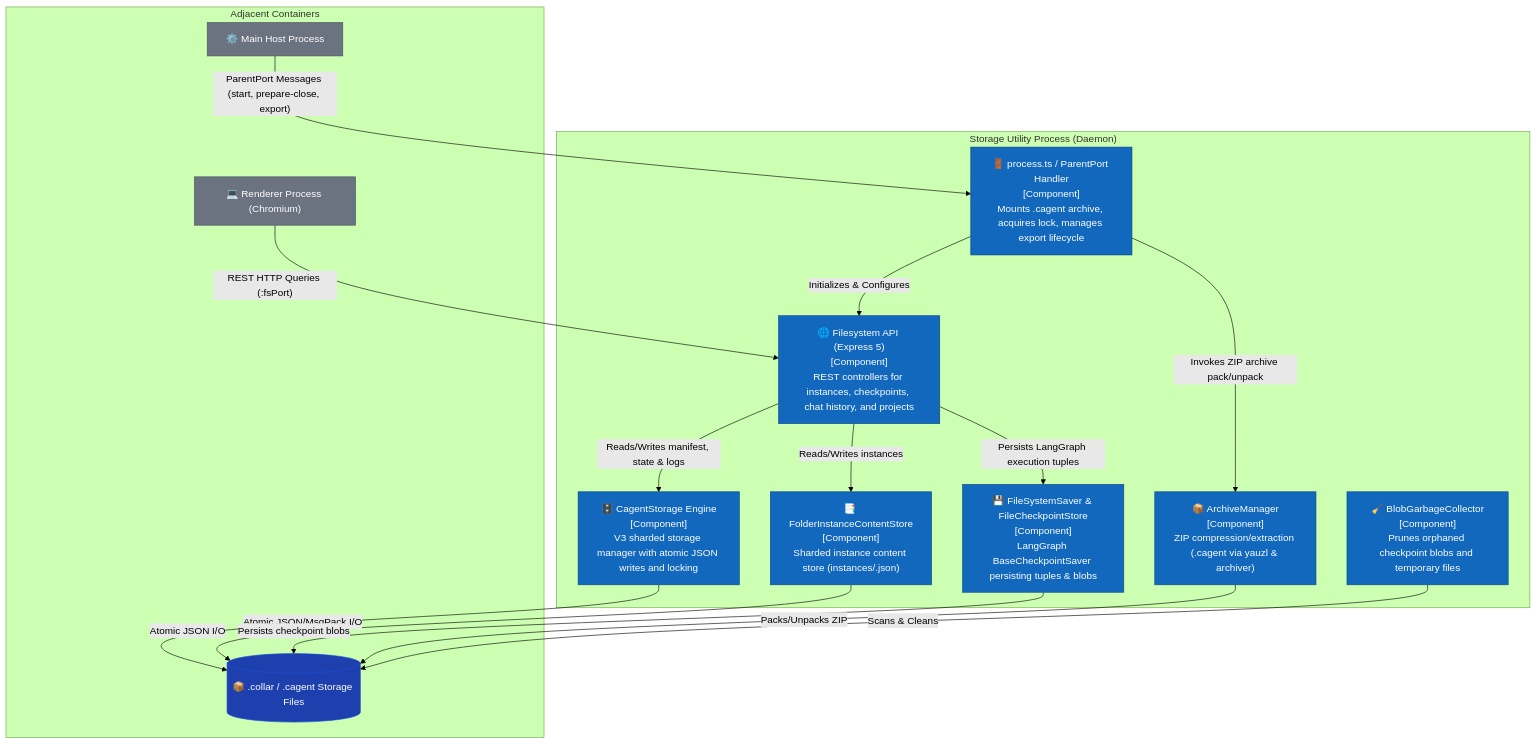
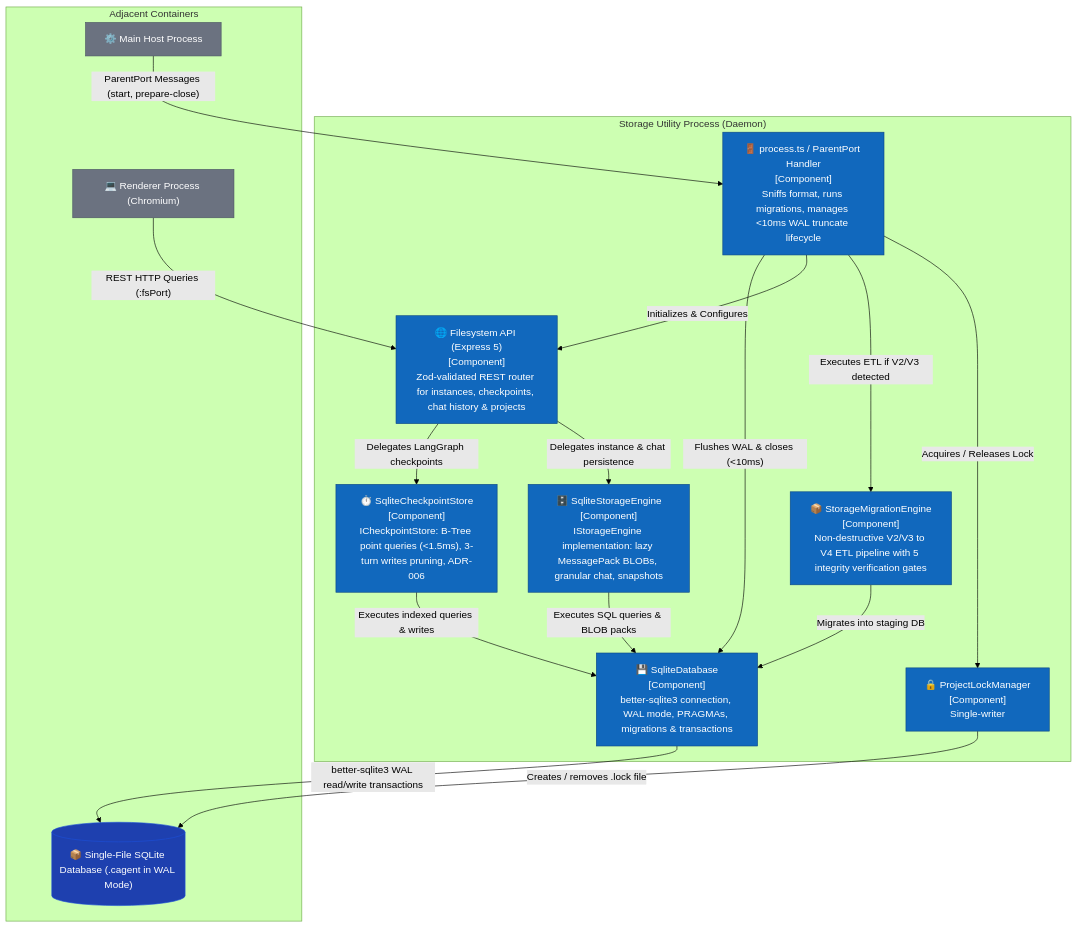
The sixth of 17 diagrams in docs/design-catalog/README.md (Goldwaterfung/Collaragent), drawn with Mermaid (forest theme) before and after one commit. The commit also changed other lines of this file and 90 other files, not shown here.

````diff
--- a/docs/design-catalog/README.md
+++ b/docs/design-catalog/README.md
@@ -343,40 +344,42 @@
 ```mermaid
 flowchart TB
     %% C3 Utility Server Styling
     classDef component fill:#1168bd,stroke:#0b4884,color:#fff;
     classDef database fill:#1e40af,stroke:#1d4ed8,color:#fff;
     classDef external fill:#6b7280,stroke:#4b5563,color:#fff;
     classDef boundary fill:none,stroke:#94a3b8,stroke-width:2px,stroke-dasharray: 5 5;
 
     subgraph UtilityProcessDaemon ["Storage Utility Process (Daemon)"]
-        ProcEntry["🚪 process.ts / ParentPort Handler<br/>[Component]<br/>Mounts .cagent archive, acquires lock, manages export lifecycle"]:::component
-        FSApi["🌐 Filesystem API (Express 5)<br/>[Component]<br/>REST controllers for instances, checkpoints, chat history, and projects"]:::component
-        CagentEngine["🗄️ CagentStorage Engine<br/>[Component]<br/>V3 sharded storage manager with atomic JSON writes and locking"]:::component
-        InstanceStore["📑 FolderInstanceContentStore<br/>[Component]<br/>Sharded instance content store (instances/<id>.json)"]:::component
-        FSSaver["💾 FileSystemSaver & FileCheckpointStore<br/>[Component]<br/>LangGraph BaseCheckpointSaver persisting tuples & blobs"]:::component
-        ArchiveMgr["📦 ArchiveManager<br/>[Component]<br/>ZIP compression/extraction (.cagent via yauzl & archiver)"]:::component
-        GC["🧹 BlobGarbageCollector<br/>[Component]<br/>Prunes orphaned checkpoint blobs and temporary files"]:::component
+        ProcEntry["🚪 process.ts / ParentPort Handler<br/>[Component]<br/>Sniffs format, runs migrations, manages <10ms WAL truncate lifecycle"]:::component
+        FSApi["🌐 Filesystem API (Express 5)<br/>[Component]<br/>Zod-validated REST router for instances, checkpoints, chat history & projects"]:::component
+        SqliteEngine["🗄️ SqliteStorageEngine<br/>[Component]<br/>IStorageEngine implementation: lazy MessagePack BLOBs, granular chat, snapshots"]:::component
+        CheckpointStore["⏱️ SqliteCheckpointStore<br/>[Component]<br/>ICheckpointStore: B-Tree point queries (<1.5ms), 3-turn writes pruning, ADR-006"]:::component
+        DbManager["💾 SqliteDatabase<br/>[Component]<br/>better-sqlite3 connection, WAL mode, PRAGMAs, migrations & transactions"]:::component
+        LockManager["🔒 ProjectLockManager<br/>[Component]<br/>Single-writer <path>.cagent.lock with dead PID auto-recovery"]:::component
+        MigrationEngine["📦 StorageMigrationEngine<br/>[Component]<br/>Non-destructive V2/V3 to V4 ETL pipeline with 5 integrity verification gates"]:::component
     end
 
     subgraph ExternalContainers ["Adjacent Containers"]
         MainHost["⚙️ Main Host Process"]:::external
         RendererUI["💻 Renderer Process (Chromium)"]:::external
-        ProjectDisk[("📦 .collar / .cagent Storage Files")]:::database
+        ProjectDb[("📦 Single-File SQLite Database (.cagent in WAL Mode)")]:::database
     end
 
-    MainHost -->|"ParentPort Messages (start, prepare-close, export)"| ProcEntry
+    MainHost -->|"ParentPort Messages (start, prepare-close)"| ProcEntry
     RendererUI -->|"REST HTTP Queries (:fsPort)"| FSApi
 
+    ProcEntry -->|"Acquires / Releases Lock"| LockManager
+    ProcEntry -->|"Executes ETL if V2/V3 detected"| MigrationEngine
     ProcEntry -->|"Initializes & Configures"| FSApi
-    ProcEntry -->|"Invokes ZIP archive pack/unpack"| ArchiveMgr
+    ProcEntry -->|"Flushes WAL & closes (<10ms)"| DbManager
 
-    FSApi -->|"Reads/Writes instances"| InstanceStore
-    FSApi -->|"Reads/Writes manifest, state & logs"| CagentEngine
-    FSApi -->|"Persists LangGraph execution tuples"| FSSaver
+    FSApi -->|"Delegates instance & chat persistence"| SqliteEngine
+    FSApi -->|"Delegates LangGraph checkpoints"| CheckpointStore
 
-    CagentEngine -->|"Atomic JSON/MsgPack I/O"| ProjectDisk
-    InstanceStore -->|"Atomic JSON I/O"| ProjectDisk
-    FSSaver -->|"Persists checkpoint blobs"| ProjectDisk
-    ArchiveMgr -->|"Packs/Unpacks ZIP"| ProjectDisk
-    GC -->|"Scans & Cleans"| ProjectDisk
+    MigrationEngine -->|"Migrates into staging DB"| DbManager
+    SqliteEngine -->|"Executes SQL queries & BLOB packs"| DbManager
+    CheckpointStore -->|"Executes indexed queries & writes"| DbManager
+
+    DbManager -->|"better-sqlite3 WAL read/write transactions"| ProjectDb
+    LockManager -->|"Creates / removes .lock file"| ProjectDb
 ```
````
